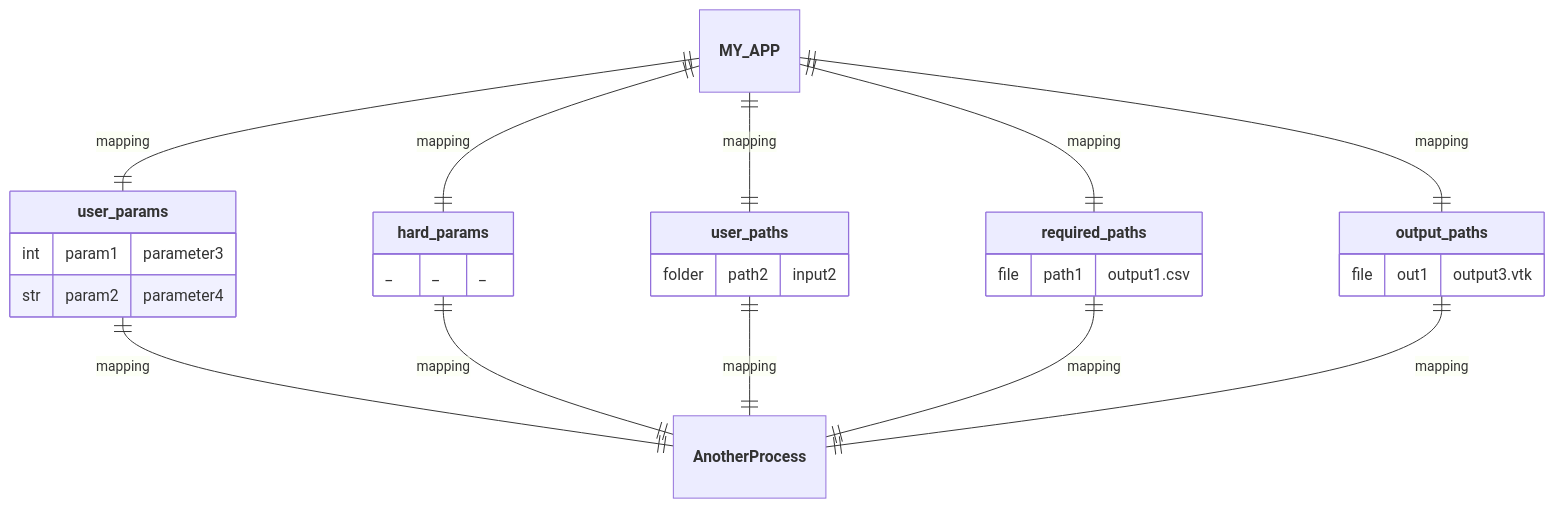
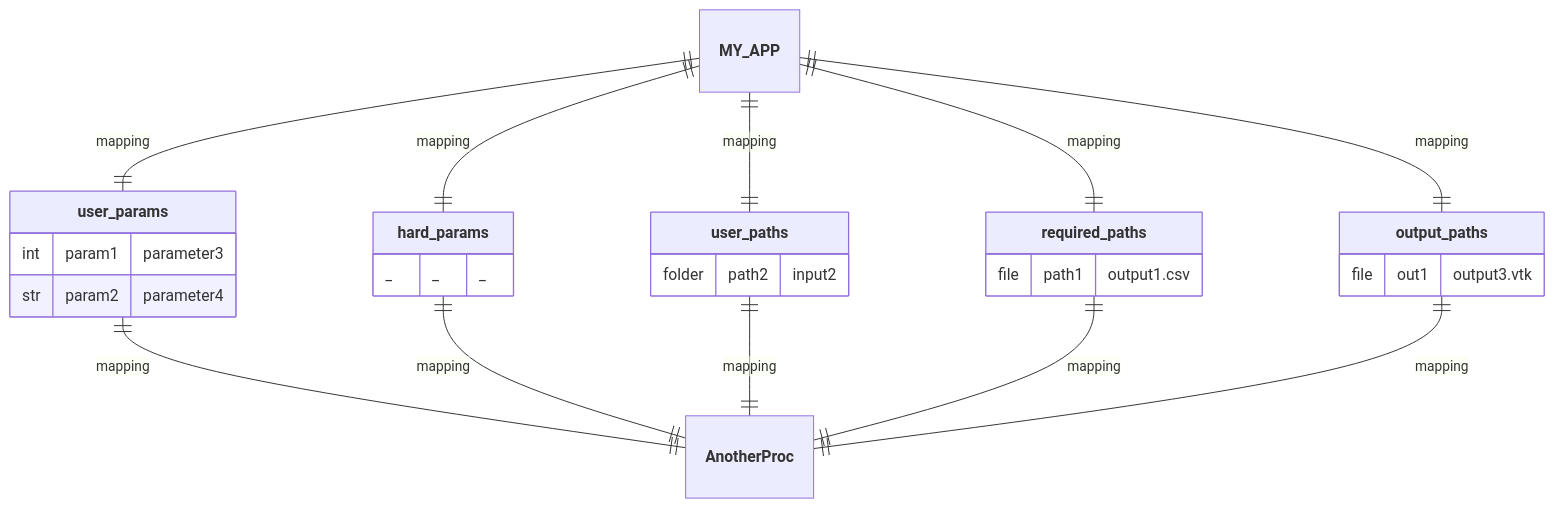
Diagram 11 of 17 in README.md (nuremics/nuremics), drawn with Mermaid before and after one commit. The commit also changed other lines of this file, not shown here.

````diff
--- a/README.md
+++ b/README.md
@@ -316,30 +316,30 @@
 ```mermaid
 erDiagram
   **MY_APP** ||--|| **user_params** : mapping
   **MY_APP** ||--|| **hard_params** : mapping
   **MY_APP** ||--|| **user_paths** : mapping
   **MY_APP** ||--|| **required_paths** : mapping
   **MY_APP** ||--|| **output_paths** : mapping
-  **user_params** ||--|| **AnotherProcess** : mapping
-  **hard_params** ||--|| **AnotherProcess** : mapping
-  **user_paths** ||--|| **AnotherProcess** : mapping
-  **required_paths** ||--|| **AnotherProcess** : mapping
-  **output_paths** ||--|| **AnotherProcess** : mapping
+  **user_params** ||--|| **AnotherProc** : mapping
+  **hard_params** ||--|| **AnotherProc** : mapping
+  **user_paths** ||--|| **AnotherProc** : mapping
+  **required_paths** ||--|| **AnotherProc** : mapping
+  **output_paths** ||--|| **AnotherProc** : mapping
 
   **user_params** {
     int param1 "parameter3"
     str param2 "parameter4"
   }
   **hard_params** {
     _ _ "_"
   }
   **user_paths** {
     folder path2 "input2"
   }
   **required_paths** {
     file path1 "output1.csv"
   }
   **output_paths** {
     file out1 "output3.vtk"
   }
 ```
````
